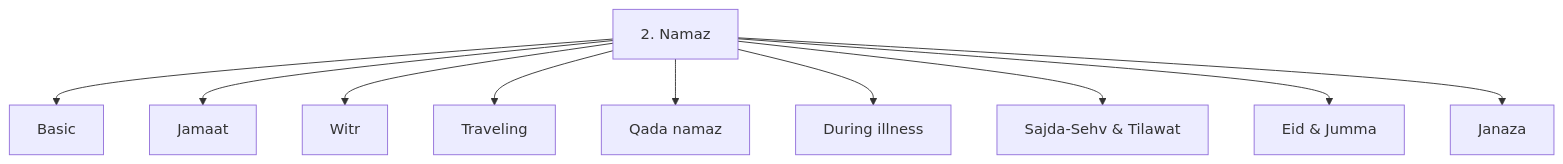
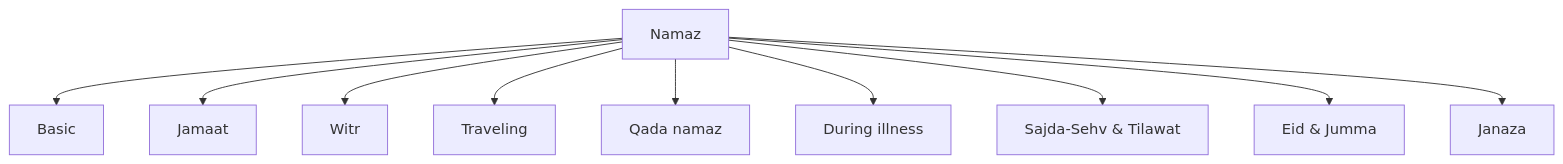
The second of 6 diagrams in 01-Intro-Taharat-Wudu.md (salman2learn/fiqh), drawn with Mermaid before and after one commit. The commit also changed other lines of this file and 2 other files, not shown here.

````diff
--- a/01-Intro-Taharat-Wudu.md
+++ b/01-Intro-Taharat-Wudu.md
@@ -41,12 +43,12 @@
 ```mermaid
-graph TD
-n[2. Namaz] --> Basic
+flowchart TD
+n[Namaz] --> Basic
 n --> Jamaat
 n --> Witr
 n --> Traveling
 n --> q[Qada namaz]
 n --> i[During illness]
 n --> s[Sajda-Sehv & Tilawat]
 n --> j[Eid & Jumma]
 n --> m[Janaza]
 ```
````
